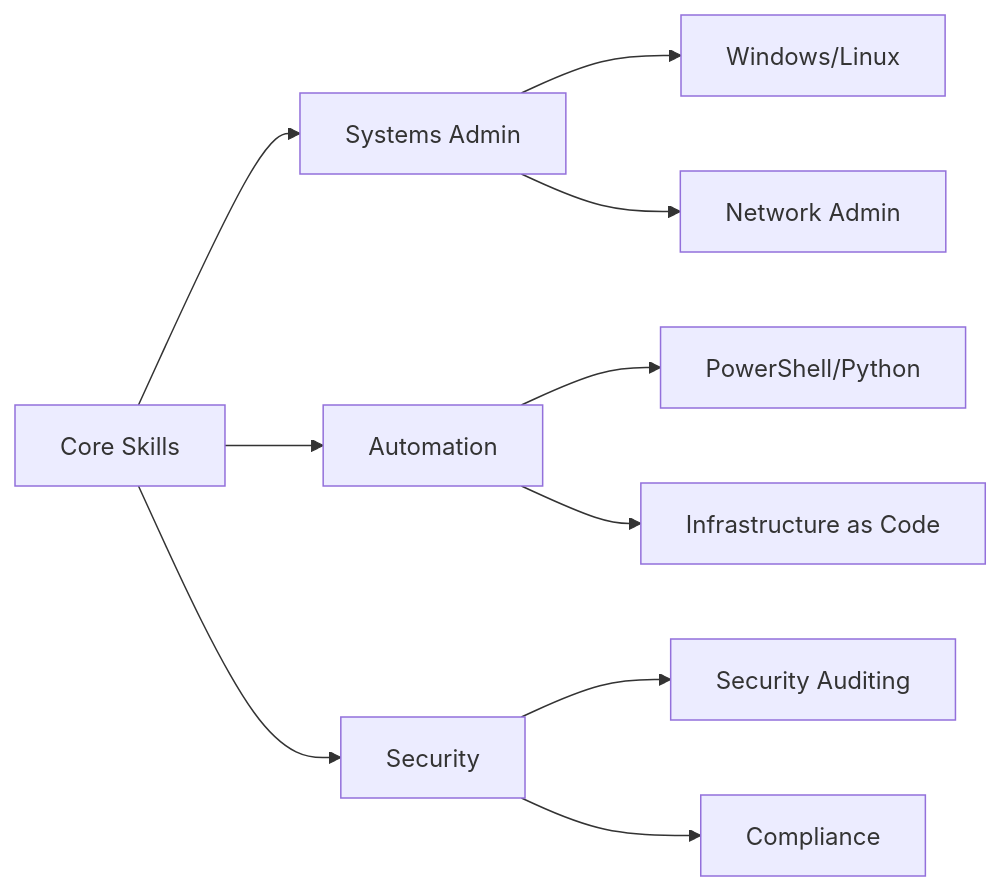
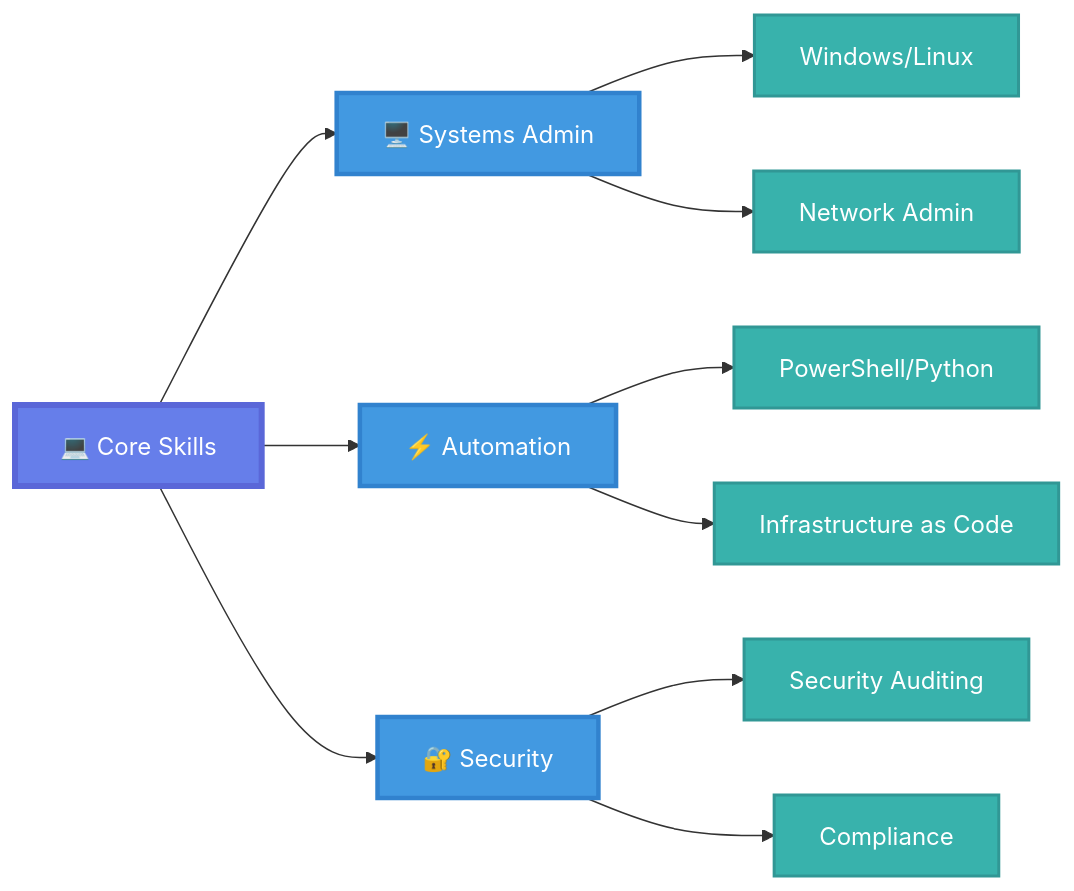
Before and after one commit to lucchesi-sec/portfolio: the second of 2 diagrams in README.md, drawn with Mermaid. The commit also changed other lines of this file and 2 other files, not shown here.

First line of the commit message:
Add GitHub Pages deployment and enhance Mermaid diagrams

````diff
--- a/README.md
+++ b/README.md
@@ -57,13 +69,21 @@
 ```mermaid
 graph LR
-    A[Core Skills] --> B[Systems Admin]
-    A --> C[Automation]
-    A --> D[Security]
+    A[💻 Core Skills] --> B[🖥️ Systems Admin]
+    A --> C[⚡ Automation]
+    A --> D[🔐 Security]
     
     B --> E[Windows/Linux]
     B --> F[Network Admin]
     C --> G[PowerShell/Python]
     C --> H[Infrastructure as Code]
     D --> I[Security Auditing]
     D --> J[Compliance]
+
+    classDef core fill:#667eea,stroke:#5a67d8,stroke-width:4px,color:#ffffff
+    classDef category fill:#4299e1,stroke:#3182ce,stroke-width:3px,color:#ffffff
+    classDef skills fill:#38b2ac,stroke:#319795,stroke-width:2px,color:#ffffff
+
+    class A core
+    class B,C,D category
+    class E,F,G,H,I,J skills
 ```
````
